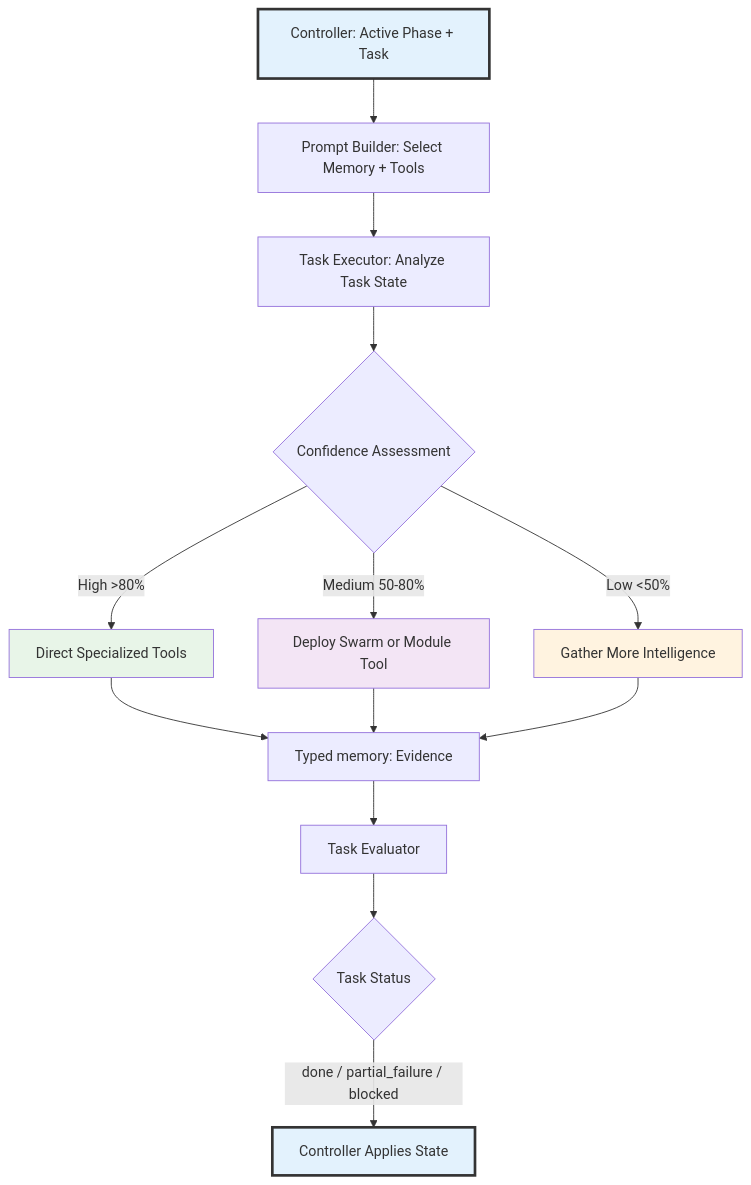
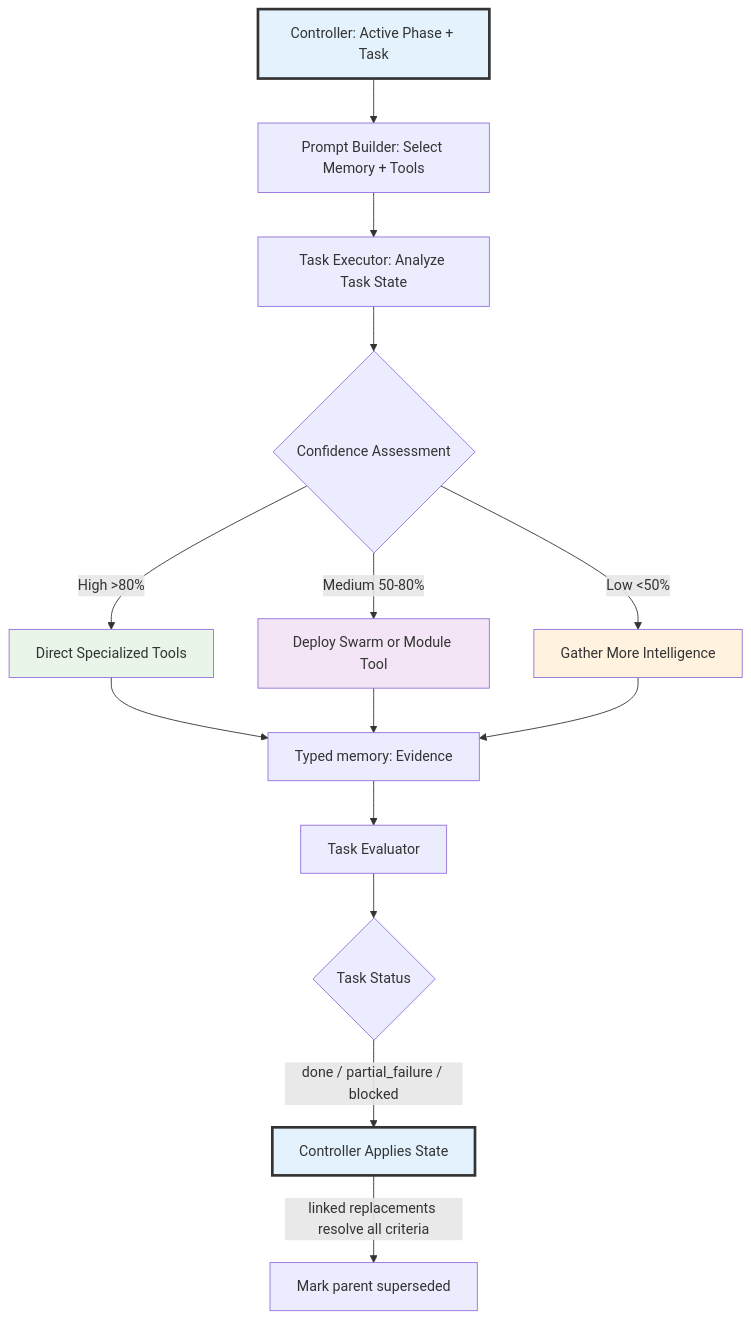
The fifth of 7 diagrams in docs/architecture.md (double16/Cyber-AutoAgent-ng), drawn with Mermaid before and after one commit. The commit also changed other lines of this file and 43 other files, not shown here.

````diff
--- a/docs/architecture.md
+++ b/docs/architecture.md
@@ -310,24 +319,25 @@
 ```mermaid
 flowchart TD
     A[Controller: Active Phase + Task] --> B[Prompt Builder: Select Memory + Tools]
     B --> C[Task Executor: Analyze Task State]
     C --> D{Confidence Assessment}
     
     D -->|High >80%| E[Direct Specialized Tools]
     D -->|Medium 50-80%| F[Deploy Swarm or Module Tool]
     D -->|Low <50%| G[Gather More Intelligence]
     
     E --> H[Typed memory: Evidence]
     F --> H
     G --> H
     
     H --> I[Task Evaluator]
     I --> J{Task Status}
     J -->|done / partial_failure / blocked| K[Controller Applies State]
+    K -->|linked replacements resolve all criteria| X[Mark parent superseded]
     
     style A fill:#e3f2fd,stroke:#333,stroke-width:3px
     style K fill:#e3f2fd,stroke:#333,stroke-width:3px
     style E fill:#e8f5e8
     style F fill:#f3e5f5
     style G fill:#fff3e0
 ```
````
